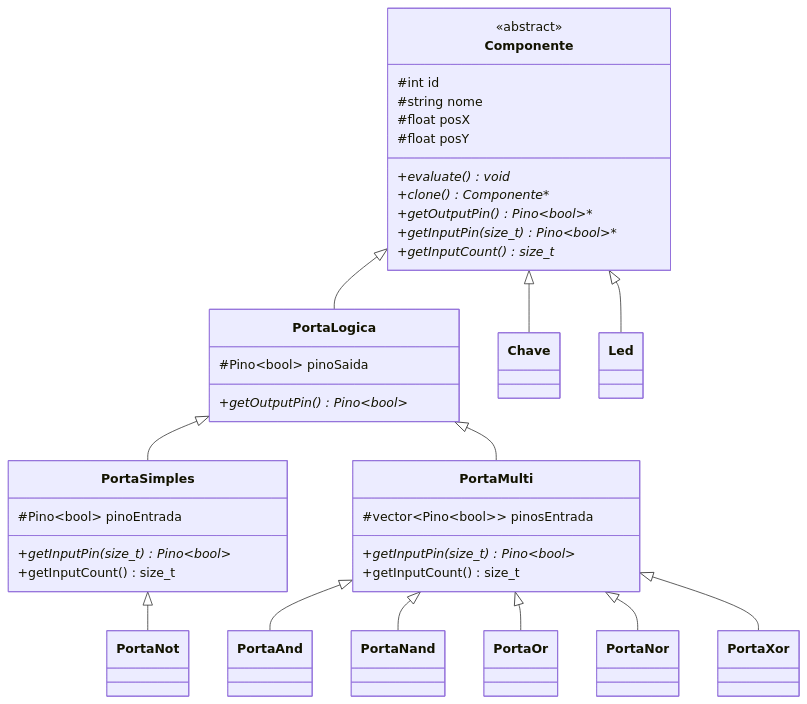
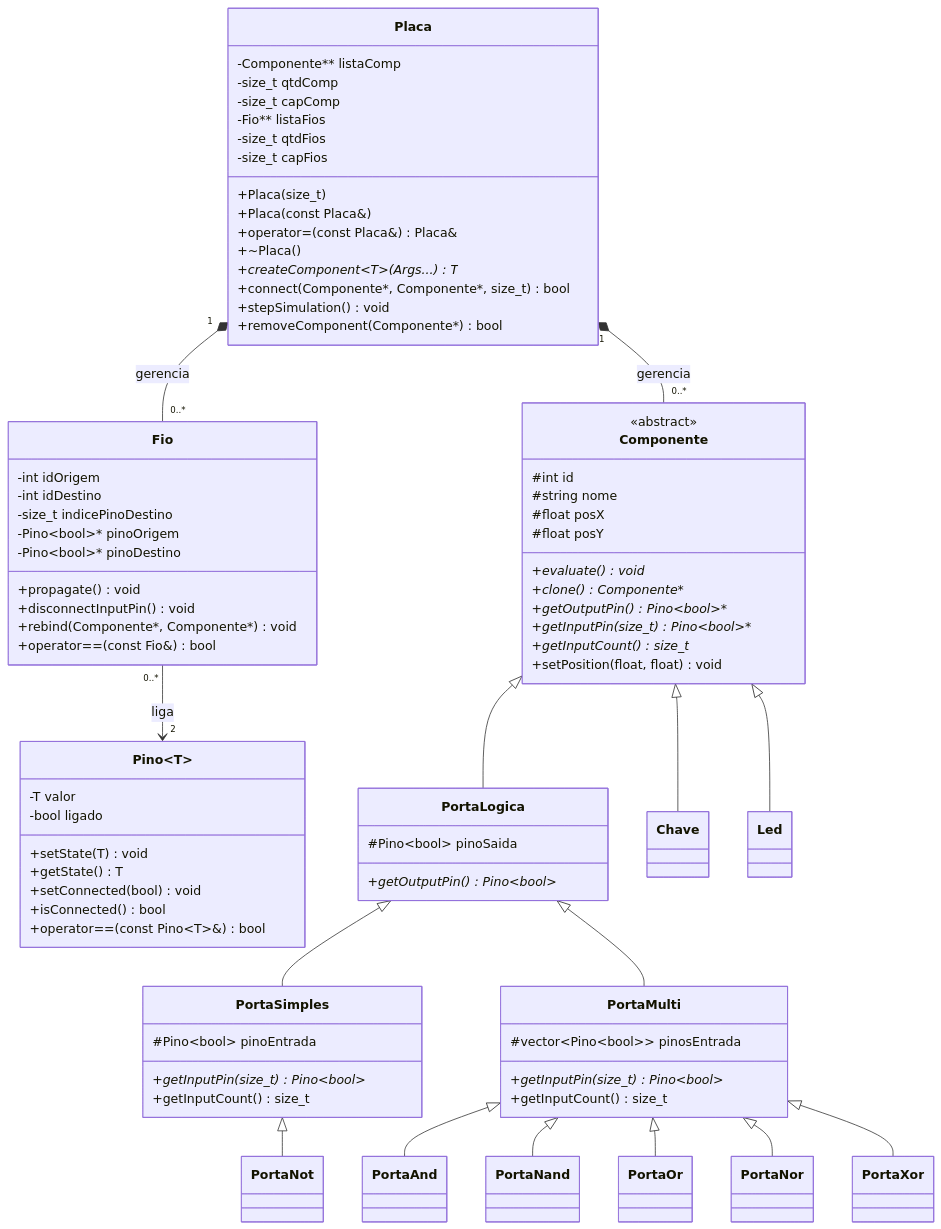
Before and after one commit to Mateus-Froes/-logic-gate-simulator: the diagram in README.md, drawn with Mermaid.

Commit message:
Adiciona Placa, Fio e Pino ao diagrama UML do README

````diff
--- a/README.md
+++ b/README.md
@@ -99,5 +99,44 @@
 ```mermaid
 classDiagram
+    class Placa {
+        -Componente** listaComp
+        -size_t qtdComp
+        -size_t capComp
+        -Fio** listaFios
+        -size_t qtdFios
+        -size_t capFios
+        +Placa(size_t)
+        +Placa(const Placa&)
+        +operator=(const Placa&) Placa&
+        +~Placa()
+        +createComponent~T~(Args...) T*
+        +connect(Componente*, Componente*, size_t) bool
+        +stepSimulation() void
+        +removeComponent(Componente*) bool
+    }
+
+    class Fio {
+        -int idOrigem
+        -int idDestino
+        -size_t indicePinoDestino
+        -Pino~bool~* pinoOrigem
+        -Pino~bool~* pinoDestino
+        +propagate() void
+        +disconnectInputPin() void
+        +rebind(Componente*, Componente*) void
+        +operator==(const Fio&) bool
+    }
+
+    class Pino~T~ {
+        -T valor
+        -bool ligado
+        +setState(T) void
+        +getState() T
+        +setConnected(bool) void
+        +isConnected() bool
+        +operator==(const Pino~T~&) bool
+    }
+
     class Componente {
         <<abstract>>
         #int id
@@ -109,6 +148,7 @@
         +getOutputPin()* Pino~bool~*
         +getInputPin(size_t)* Pino~bool~*
         +getInputCount()* size_t
+        +setPosition(float, float) void
     }
 
     class PortaLogica {
@@ -128,6 +168,10 @@
         +getInputCount() size_t
     }
 
+    Placa "1" *-- "0..*" Componente : gerencia
+    Placa "1" *-- "0..*" Fio : gerencia
+    Fio "0..*" --> "2" Pino~T~ : liga
+
     Componente <|-- PortaLogica
     Componente <|-- Chave
     Componente <|-- Led
````
